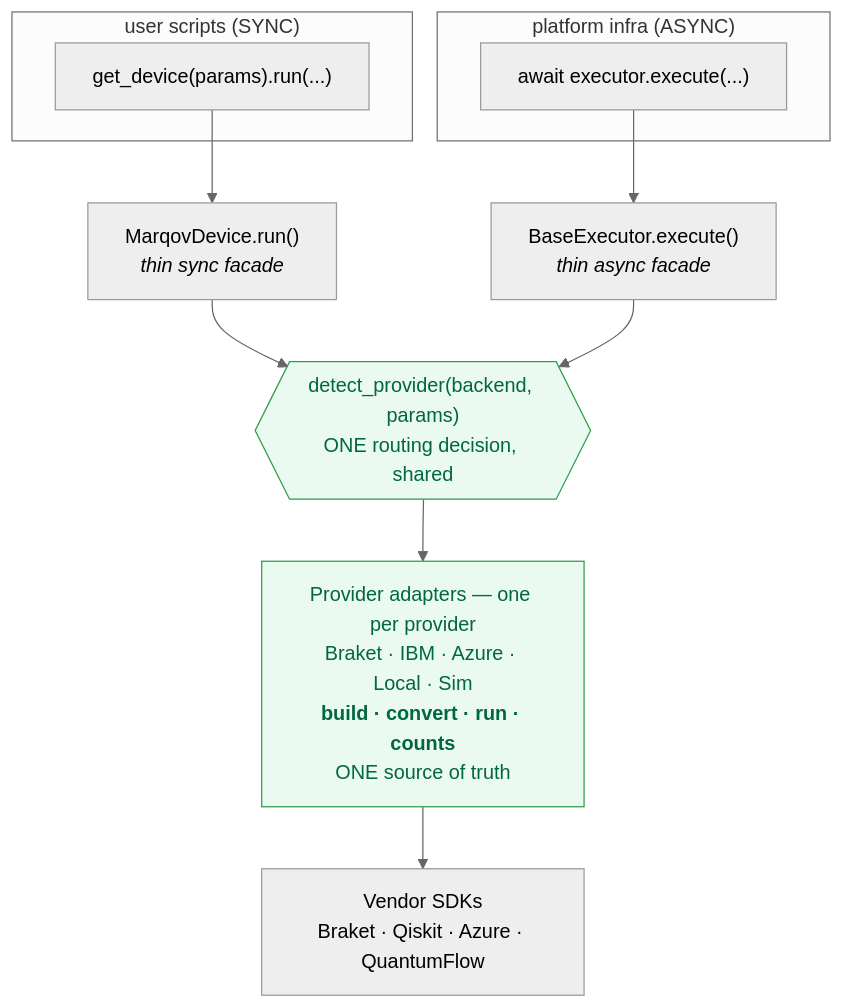
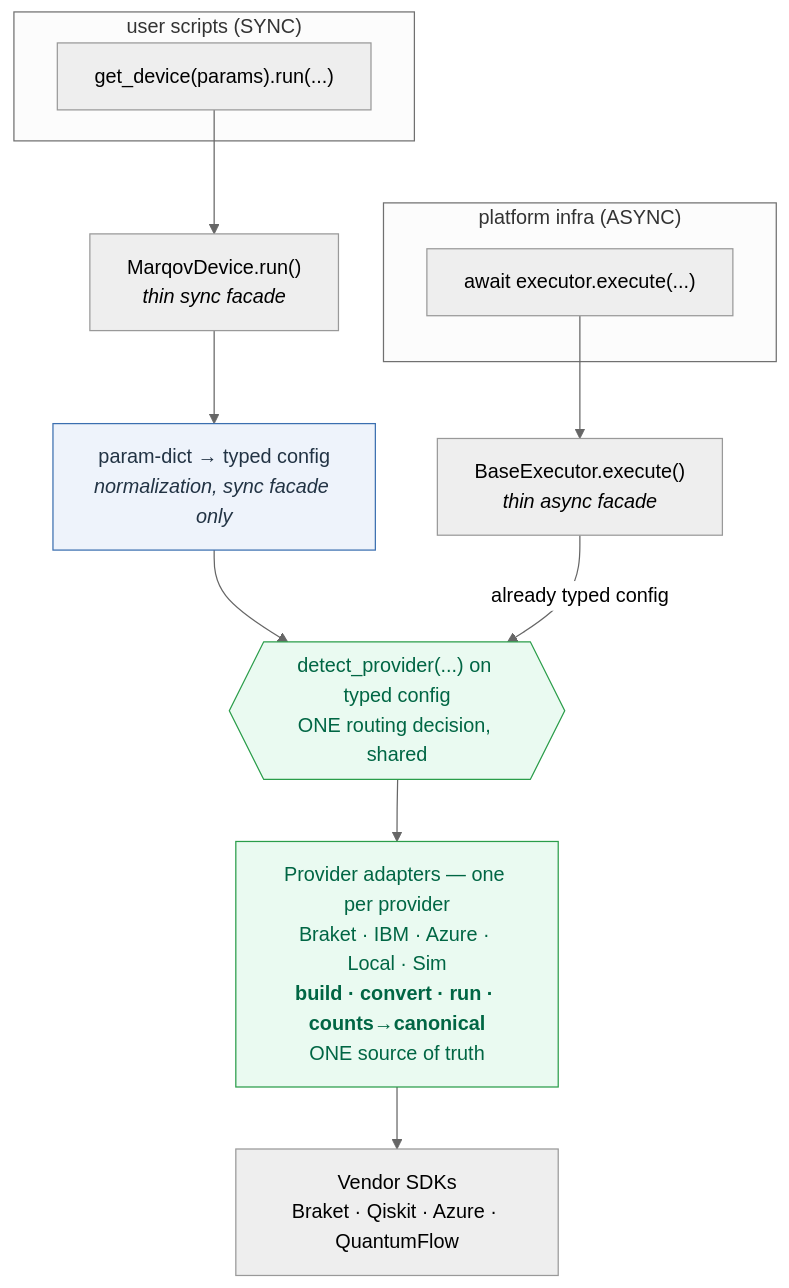
Before and after one commit to marqov-dev/marqov-sdk: the second of 2 diagrams in docs/ARCHITECTURE-execution-paths-current-vs-proposed.md, drawn with Mermaid (neutral theme). The commit also changed other lines of this file, not shown here.

First line of the commit message:
docs: address review — invariants, config-normalization boundary, step-3 gating decisions

````diff
--- a/docs/ARCHITECTURE-execution-paths-current-vs-proposed.md
+++ b/docs/ARCHITECTURE-execution-paths-current-vs-proposed.md
@@ -62,22 +62,25 @@
 ```mermaid
 flowchart TD
     subgraph C1["user scripts (SYNC)"]
         U1["get_device(params).run(...)"]
     end
     subgraph C2["platform infra (ASYNC)"]
         U2["await executor.execute(...)"]
     end
 
     U1 --> F1["MarqovDevice.run()<br/><i>thin sync facade</i>"]
     U2 --> F2["BaseExecutor.execute()<br/><i>thin async facade</i>"]
 
-    F1 --> R
-    F2 --> R
+    F1 --> N["param-dict → typed config<br/><i>normalization, sync facade only</i>"]
+    N --> R
+    F2 -->|"already typed config"| R
 
-    R{{"detect_provider(backend, params)<br/>ONE routing decision, shared"}}
-    R --> A["Provider adapters — one per provider<br/>Braket · IBM · Azure · Local · Sim<br/><b>build · convert · run · counts</b><br/>ONE source of truth"]
+    R{{"detect_provider(...) on typed config<br/>ONE routing decision, shared"}}
+    R --> A["Provider adapters — one per provider<br/>Braket · IBM · Azure · Local · Sim<br/><b>build · convert · run · counts→canonical</b><br/>ONE source of truth"]
     A --> V["Vendor SDKs<br/>Braket · Qiskit · Azure · QuantumFlow"]
 
     classDef good fill:#eafaf1,stroke:#2a9d4a,color:#064;
+    classDef norm fill:#eef3fb,stroke:#3b6fb0,color:#234;
     class R,A good;
+    class N norm;
 ```
````
